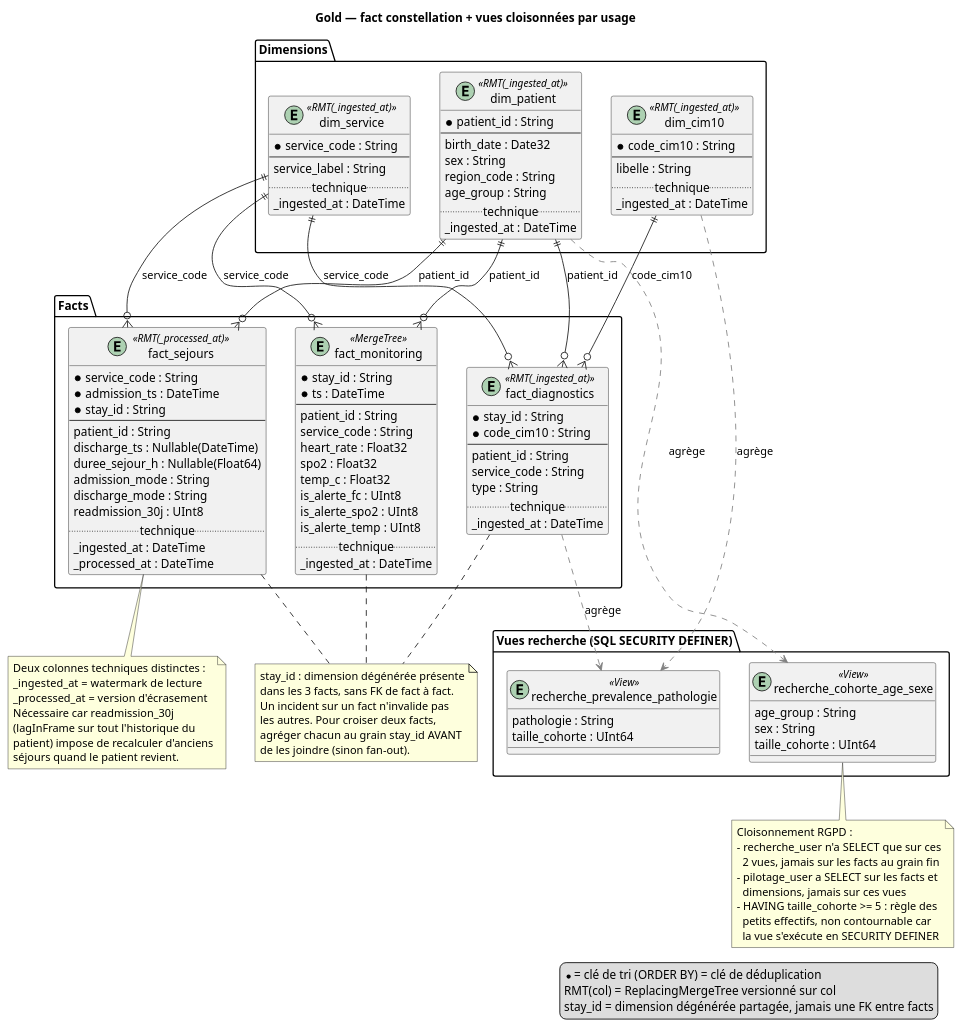
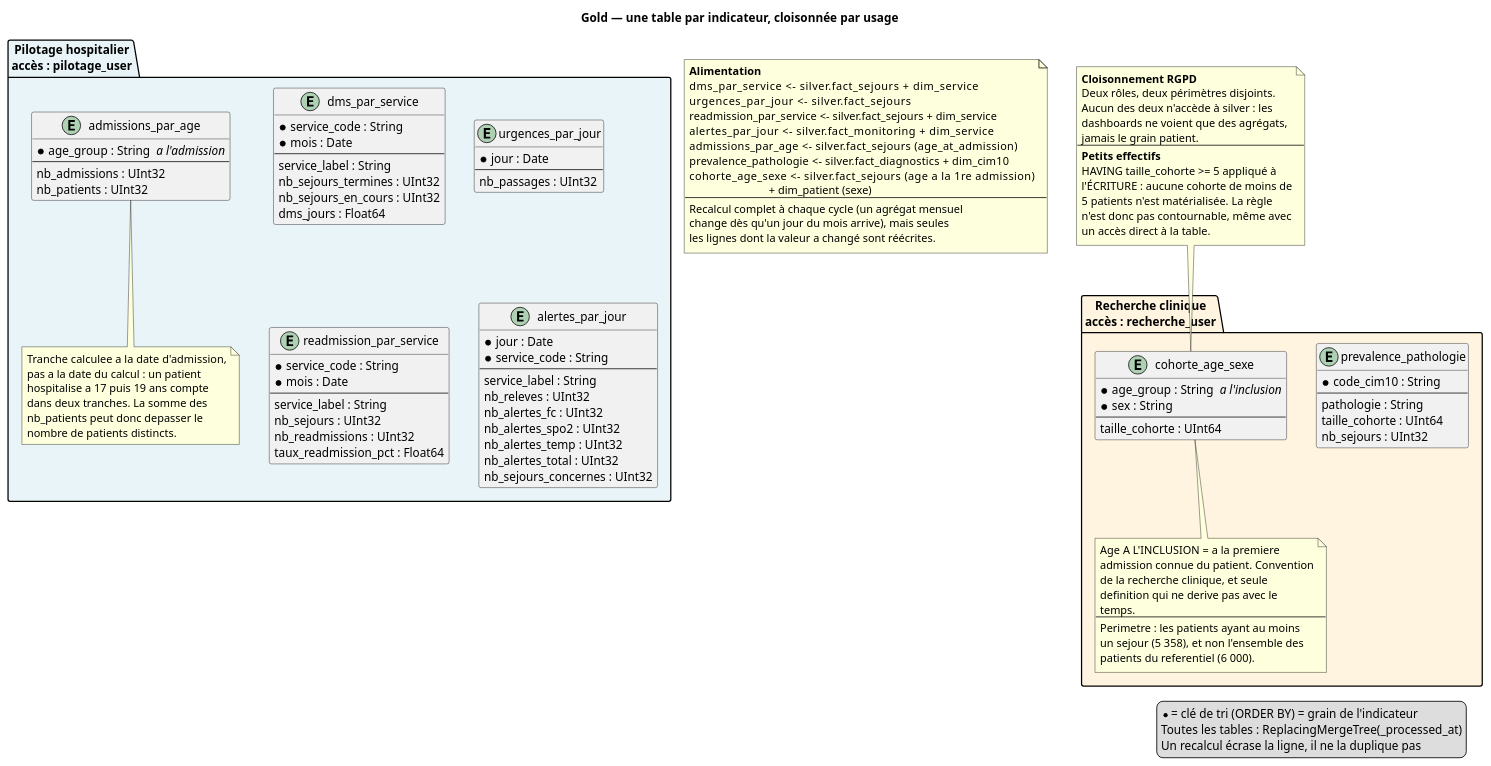
One commit to Shinobyy/M2-BigData changed the diagram in diagrams/gold.puml. Above: the diagram before and after it, drawn with PlantUML. The commit also changed 11 other files, not shown here.

First line of the commit message:
Refactor data insertion scripts for Silver and Gold layers

```diff
--- a/diagrams/gold.puml
+++ b/diagrams/gold.puml
@@ -1,143 +1,131 @@
 @startuml gold
 
-title Gold — fact constellation + vues cloisonnées par usage
+title Gold — une table par indicateur, cloisonnée par usage
 
 legend right
-  * = clé de tri (ORDER BY) = clé de déduplication
-  RMT(col) = ReplacingMergeTree versionné sur col
-  stay_id = dimension dégénérée partagée, jamais une FK entre facts
+  * = clé de tri (ORDER BY) = grain de l'indicateur
+  Toutes les tables : ReplacingMergeTree(_processed_at)
+  Un recalcul écrase la ligne, il ne la duplique pas
 end legend
 
-package "Dimensions" {
-  entity dim_patient <<RMT(_ingested_at)>> {
-    * patient_id : String
+package "Pilotage hospitalier\naccès : pilotage_user" #E8F4F8 {
+
+  entity dms_par_service {
+    * service_code : String
+    * mois : Date
     --
-    birth_date : Date32
-    sex : String
-    region_code : String
-    age_group : String
-    .. technique ..
-    _ingested_at : DateTime
+    service_label : String
+    nb_sejours_termines : UInt32
+    nb_sejours_en_cours : UInt32
+    dms_jours : Float64
   }
 
-  entity dim_service <<RMT(_ingested_at)>> {
+  entity urgences_par_jour {
+    * jour : Date
+    --
+    nb_passages : UInt32
+  }
+
+  entity readmission_par_service {
+    * service_code : String
+    * mois : Date
+    --
+    service_label : String
+    nb_sejours : UInt32
+    nb_readmissions : UInt32
+    taux_readmission_pct : Float64
+  }
+
+  entity alertes_par_jour {
+    * jour : Date
     * service_code : String
     --
     service_label : String
-    .. technique ..
-    _ingested_at : DateTime
+    nb_releves : UInt32
+    nb_alertes_fc : UInt32
+    nb_alertes_spo2 : UInt32
+    nb_alertes_temp : UInt32
+    nb_alertes_total : UInt32
+    nb_sejours_concernes : UInt32
   }
 
-  entity dim_cim10 <<RMT(_ingested_at)>> {
+  entity admissions_par_age {
+    * age_group : String  <i>a l'admission</i>
+    --
+    nb_admissions : UInt32
+    nb_patients : UInt32
+  }
+
+  note bottom of admissions_par_age
+    Tranche calculee a la date d'admission,
+    pas a la date du calcul : un patient
+    hospitalise a 17 puis 19 ans compte
+    dans deux tranches. La somme des
+    nb_patients peut donc depasser le
+    nombre de patients distincts.
+  end note
+}
+
+package "Recherche clinique\naccès : recherche_user" #FFF4E0 {
+
+  entity prevalence_pathologie {
     * code_cim10 : String
     --
-    libelle : String
-    .. technique ..
-    _ingested_at : DateTime
-  }
-}
-
-package "Facts" {
-  entity fact_sejours <<RMT(_processed_at)>> {
-    * service_code : String
-    * admission_ts : DateTime
-    * stay_id : String
-    --
-    patient_id : String
-    discharge_ts : Nullable(DateTime)
-    duree_sejour_h : Nullable(Float64)
-    admission_mode : String
-    discharge_mode : String
-    readmission_30j : UInt8
-    .. technique ..
-    _ingested_at : DateTime
-    _processed_at : DateTime
+    pathologie : String
+    taille_cohorte : UInt64
+    nb_sejours : UInt32
   }
 
-  entity fact_monitoring <<MergeTree>> {
-    * stay_id : String
-    * ts : DateTime
+  entity cohorte_age_sexe {
+    * age_group : String  <i>a l'inclusion</i>
+    * sex : String
     --
-    patient_id : String
-    service_code : String
-    heart_rate : Float32
-    spo2 : Float32
-    temp_c : Float32
-    is_alerte_fc : UInt8
-    is_alerte_spo2 : UInt8
-    is_alerte_temp : UInt8
-    .. technique ..
-    _ingested_at : DateTime
-  }
-
-  entity fact_diagnostics <<RMT(_ingested_at)>> {
-    * stay_id : String
-    * code_cim10 : String
-    --
-    patient_id : String
-    service_code : String
-    type : String
-    .. technique ..
-    _ingested_at : DateTime
-  }
-}
-
-package "Vues recherche (SQL SECURITY DEFINER)" {
-  entity recherche_prevalence_pathologie <<View>> {
-    pathologie : String
     taille_cohorte : UInt64
   }
 
-  entity recherche_cohorte_age_sexe <<View>> {
-    age_group : String
-    sex : String
-    taille_cohorte : UInt64
-  }
+  note bottom of cohorte_age_sexe
+    Age A L'INCLUSION = a la premiere
+    admission connue du patient. Convention
+    de la recherche clinique, et seule
+    definition qui ne derive pas avec le
+    temps.
+    ----
+    Perimetre : les patients ayant au moins
+    un sejour (5 358), et non l'ensemble des
+    patients du referentiel (6 000).
+  end note
 }
 
-dim_patient ||--o{ fact_sejours : patient_id
-dim_service ||--o{ fact_sejours : service_code
-dim_patient ||--o{ fact_monitoring : patient_id
-dim_service ||--o{ fact_monitoring : service_code
-dim_patient ||--o{ fact_diagnostics : patient_id
-dim_service ||--o{ fact_diagnostics : service_code
-dim_cim10 ||--o{ fact_diagnostics : code_cim10
-
-fact_diagnostics .[#gray].> recherche_prevalence_pathologie : agrège
-dim_cim10 .[#gray].> recherche_prevalence_pathologie : agrège
-dim_patient .[#gray].> recherche_cohorte_age_sexe : agrège
-
-note as N_degenerate
-  stay_id : dimension dégénérée présente
-  dans les 3 facts, sans FK de fact à fact.
-  Un incident sur un fact n'invalide pas
-  les autres. Pour croiser deux facts,
-  agréger chacun au grain stay_id AVANT
-  de les joindre (sinon fan-out).
-end note
-fact_sejours .. N_degenerate
-fact_monitoring .. N_degenerate
-fact_diagnostics .. N_degenerate
-
-note bottom of fact_sejours
-  Deux colonnes techniques distinctes :
-  _ingested_at  = watermark de lecture
-  _processed_at = version d'écrasement
-  Nécessaire car readmission_30j
-  (lagInFrame sur tout l'historique du
-  patient) impose de recalculer d'anciens
-  séjours quand le patient revient.
+note as N_source
+  <b>Alimentation</b>
+  dms_par_service          <- silver.fact_sejours + dim_service
+  urgences_par_jour        <- silver.fact_sejours
+  readmission_par_service  <- silver.fact_sejours + dim_service
+  alertes_par_jour         <- silver.fact_monitoring + dim_service
+  admissions_par_age       <- silver.fact_sejours (age_at_admission)
+  prevalence_pathologie    <- silver.fact_diagnostics + dim_cim10
+  cohorte_age_sexe         <- silver.fact_sejours (age a la 1re admission)
+                              + dim_patient (sexe)
+  ----
+  Recalcul complet à chaque cycle (un agrégat mensuel
+  change dès qu'un jour du mois arrive), mais seules
+  les lignes dont la valeur a changé sont réécrites.
 end note
 
-note bottom of recherche_cohorte_age_sexe
-  Cloisonnement RGPD :
-  - recherche_user n'a SELECT que sur ces
-    2 vues, jamais sur les facts au grain fin
-  - pilotage_user a SELECT sur les facts et
-    dimensions, jamais sur ces vues
-  - HAVING taille_cohorte >= 5 : règle des
-    petits effectifs, non contournable car
-    la vue s'exécute en SECURITY DEFINER
+note as N_rgpd
+  <b>Cloisonnement RGPD</b>
+  Deux rôles, deux périmètres disjoints.
+  Aucun des deux n'accède à silver : les
+  dashboards ne voient que des agrégats,
+  jamais le grain patient.
+  ----
+  <b>Petits effectifs</b>
+  HAVING taille_cohorte >= 5 appliqué à
+  l'ÉCRITURE : aucune cohorte de moins de
+  5 patients n'est matérialisée. La règle
+  n'est donc pas contournable, même avec
+  un accès direct à la table.
 end note
+N_rgpd .. cohorte_age_sexe
 
 @enduml
```
